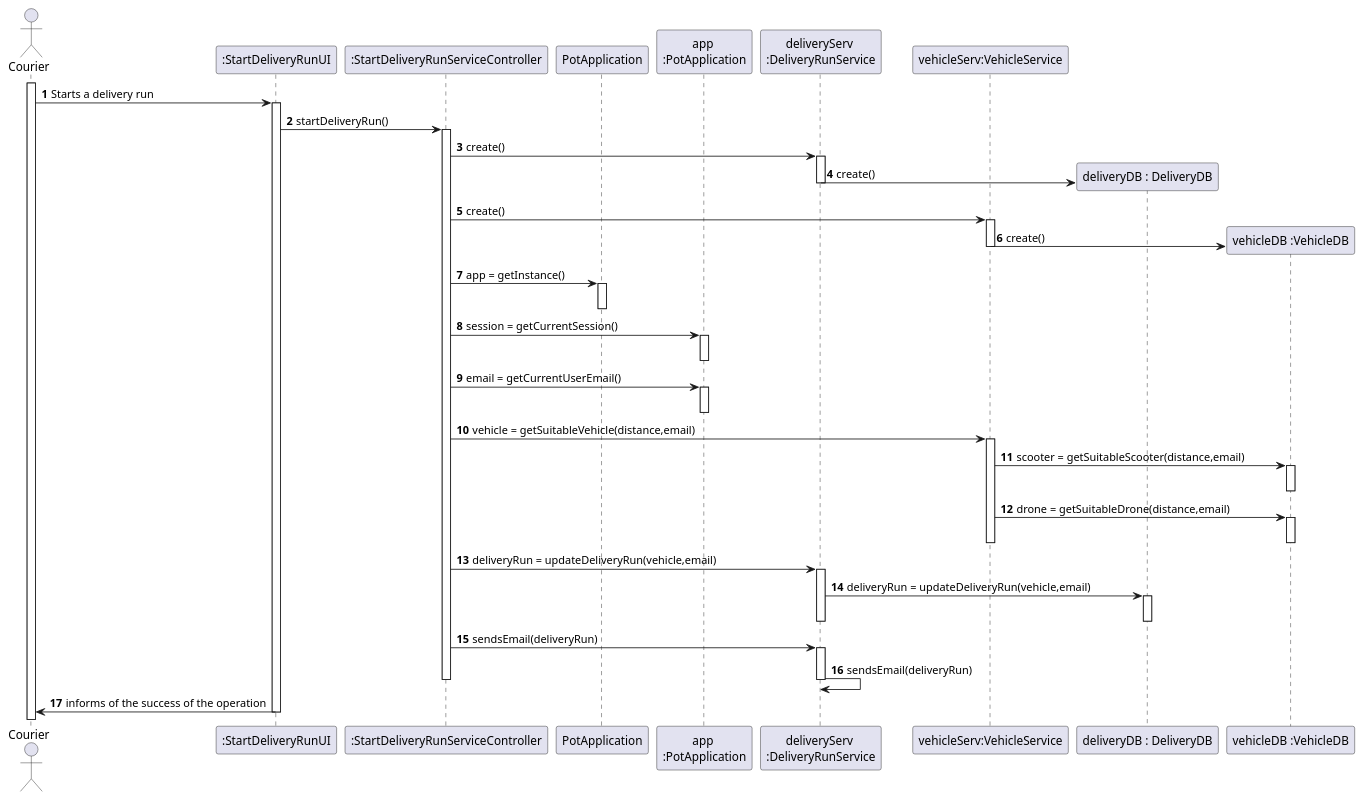
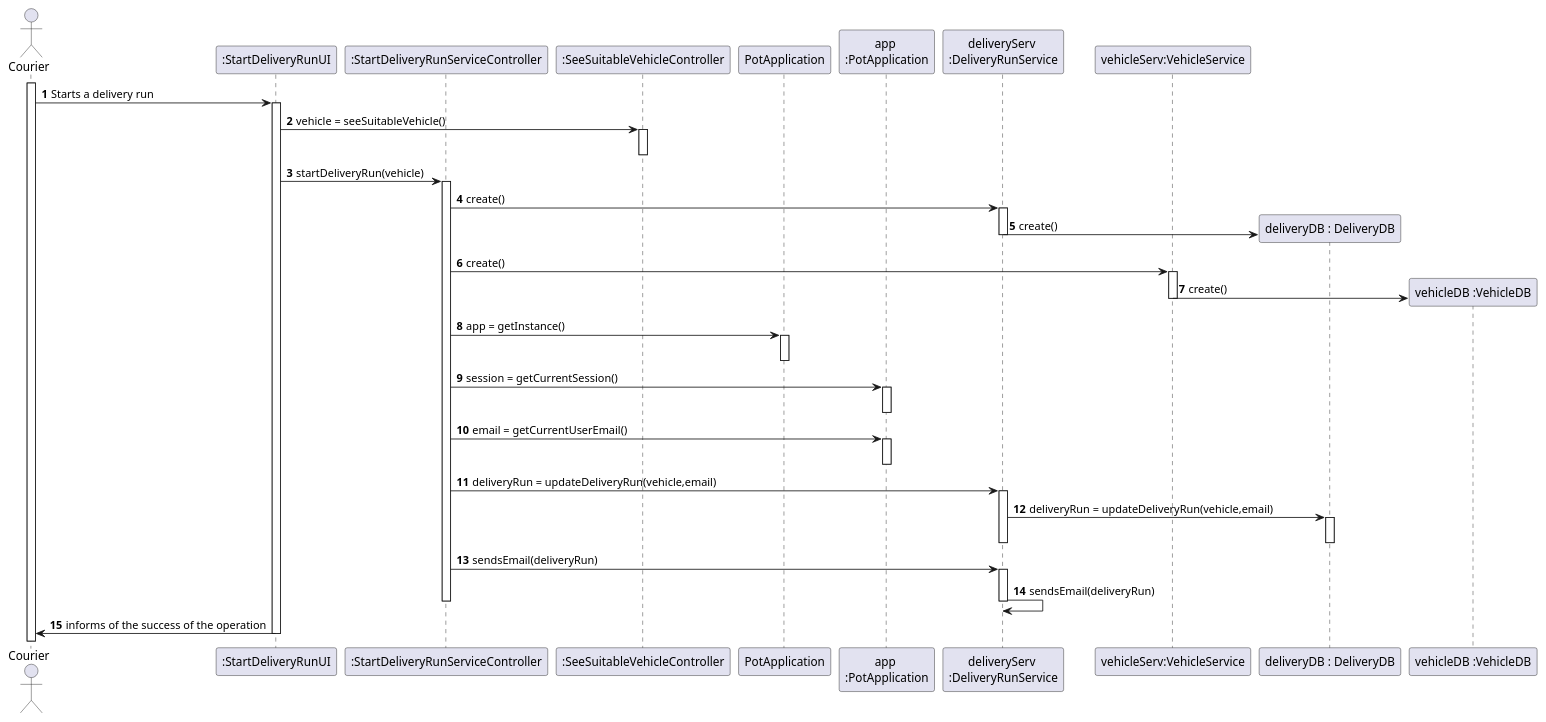
The diagram in docs/Iteration 2/Delivery Management/US205_StartDeliveryRun/US205_SD.puml (tiagoavcosta25/LAPR3), drawn with PlantUML before and after one commit. The commit also changed 26 other files, not shown here.

Commit message:
LAPR2AP2-20 #close RemoveCourier [Analysis] LAPR2AP2-20 #close RemoveCourier [Design] LAPR2AP2-29 #close UpdateCourier [Analysis] LAPR2AP2-29 #close UpdateCourier [Design] LAPR2AP2-24 #refining SeeSuitableVehicle [Analysis] LAPR2AP2-24 #refining SeeSuitableVehicle [Design]

```diff
--- a/docs/Iteration 2/Delivery Management/US205_StartDeliveryRun/US205_SD.puml
+++ b/docs/Iteration 2/Delivery Management/US205_StartDeliveryRun/US205_SD.puml
@@ -1,61 +1,56 @@
 @startuml
 autonumber
 actor "Courier" as ADMIN
 participant ":StartDeliveryRunUI" as UI
 participant ":StartDeliveryRunServiceController" as CTRL
+participant ":SeeSuitableVehicleController" as CTRLS
 participant "PotApplication" as PA
 participant "app \n:PotApplication" as APA
 participant "deliveryServ \n:DeliveryRunService" as PR
 participant "vehicleServ:VehicleService" as SS
 participant "deliveryDB : DeliveryDB" as PDB
 participant "vehicleDB :VehicleDB" as SDB
 activate ADMIN
 
 ADMIN -> UI : Starts a delivery run
 activate UI
 
-UI -> CTRL : startDeliveryRun()
+UI -> CTRLS : vehicle = seeSuitableVehicle()
+activate CTRLS
+deactivate CTRLS
+UI -> CTRL : startDeliveryRun(vehicle)
 activate CTRL
 CTRL -> PR : create()
 activate PR
 PR -> PDB** : create()
 deactivate PR
 CTRL -> SS : create()
 activate SS
 SS -> SDB** : create()
 deactivate SS
 CTRL -> PA : app = getInstance()
 activate PA
 deactivate PA
 CTRL -> APA : session = getCurrentSession()
 activate APA
 deactivate APA
 
 CTRL -> APA : email = getCurrentUserEmail()
 activate APA
 deactivate APA
-CTRL -> SS : vehicle = getSuitableVehicle(distance,email)
-activate SS
-SS -> SDB : scooter = getSuitableScooter(distance,email)
-activate SDB
-deactivate SDB
-SS -> SDB : drone = getSuitableDrone(distance,email)
-activate SDB
-deactivate SDB
-deactivate SS
 CTRL -> PR : deliveryRun = updateDeliveryRun(vehicle,email)
 activate PR
 PR -> PDB : deliveryRun = updateDeliveryRun(vehicle,email)
 activate PDB
 deactivate PDB
 deactivate PR
 
 CTRL -> PR : sendsEmail(deliveryRun)
 activate PR
 PR -> PR : sendsEmail(deliveryRun)
 deactivate PR
 deactivate CTRL
 UI -> ADMIN : informs of the success of the operation
 deactivate UI
 
 @enduml
```
